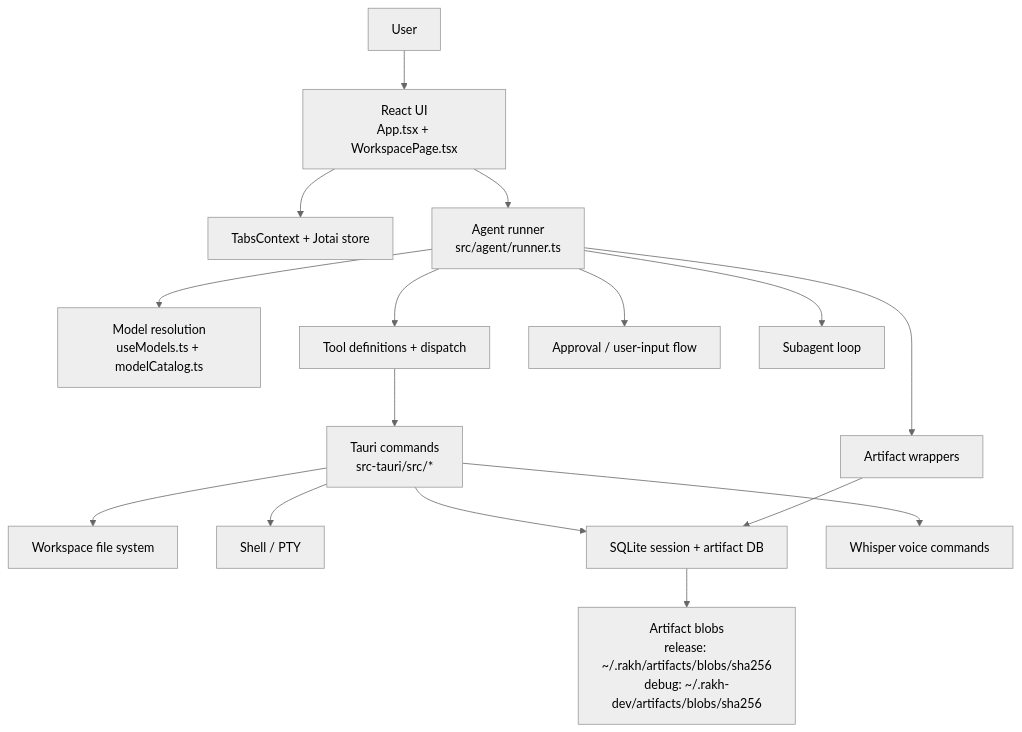
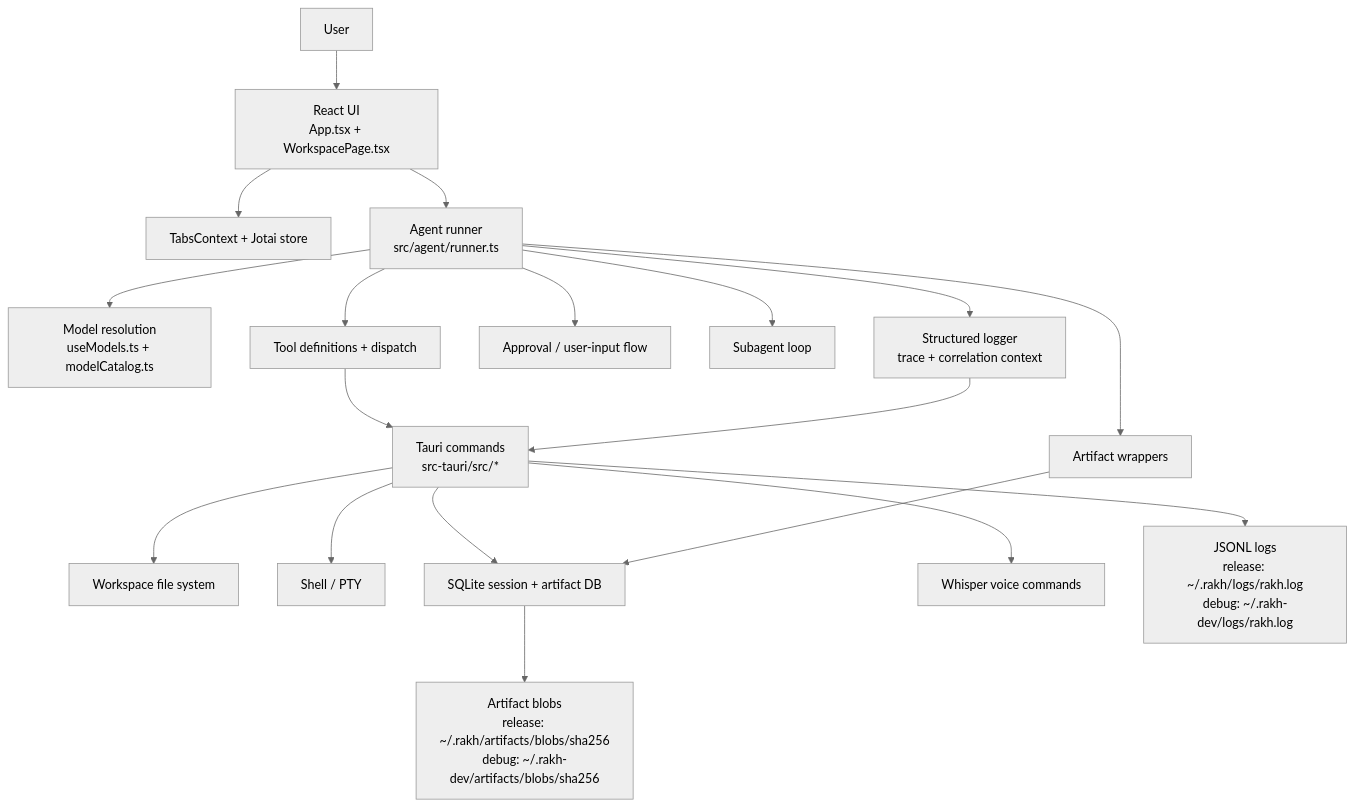
Before and after one commit to amir-s/rakh: the diagram in docs/architecture.md, drawn with Mermaid (neutral theme). The commit also changed other lines of this file and 41 other files, not shown here.

````diff
--- a/docs/architecture.md
+++ b/docs/architecture.md
@@ -19,18 +20,21 @@
 ```mermaid
 graph TB
     User["User"] --> UI["React UI<br/>App.tsx + WorkspacePage.tsx"]
     UI --> Tabs["TabsContext + Jotai store"]
     UI --> Runner["Agent runner<br/>src/agent/runner.ts"]
     Runner --> Models["Model resolution<br/>useModels.ts + modelCatalog.ts"]
     Runner --> Tools["Tool definitions + dispatch"]
     Runner --> Approvals["Approval / user-input flow"]
     Runner --> Subagents["Subagent loop"]
     Tools --> Tauri["Tauri commands<br/>src-tauri/src/*"]
     Tauri --> FS["Workspace file system"]
     Tauri --> Exec["Shell / PTY"]
     Tauri --> SQLite["SQLite session + artifact DB"]
     Tauri --> Whisper["Whisper voice commands"]
     Runner --> Artifacts["Artifact wrappers"]
+    Runner --> Logs["Structured logger<br/>trace + correlation context"]
     Artifacts --> SQLite
+    Logs --> Tauri
     SQLite --> Blobs["Artifact blobs<br/>release: ~/.rakh/artifacts/blobs/sha256<br/>debug: ~/.rakh-dev/artifacts/blobs/sha256"]
+    Tauri --> LogFiles["JSONL logs<br/>release: ~/.rakh/logs/rakh.log<br/>debug: ~/.rakh-dev/logs/rakh.log"]
 ```
````
